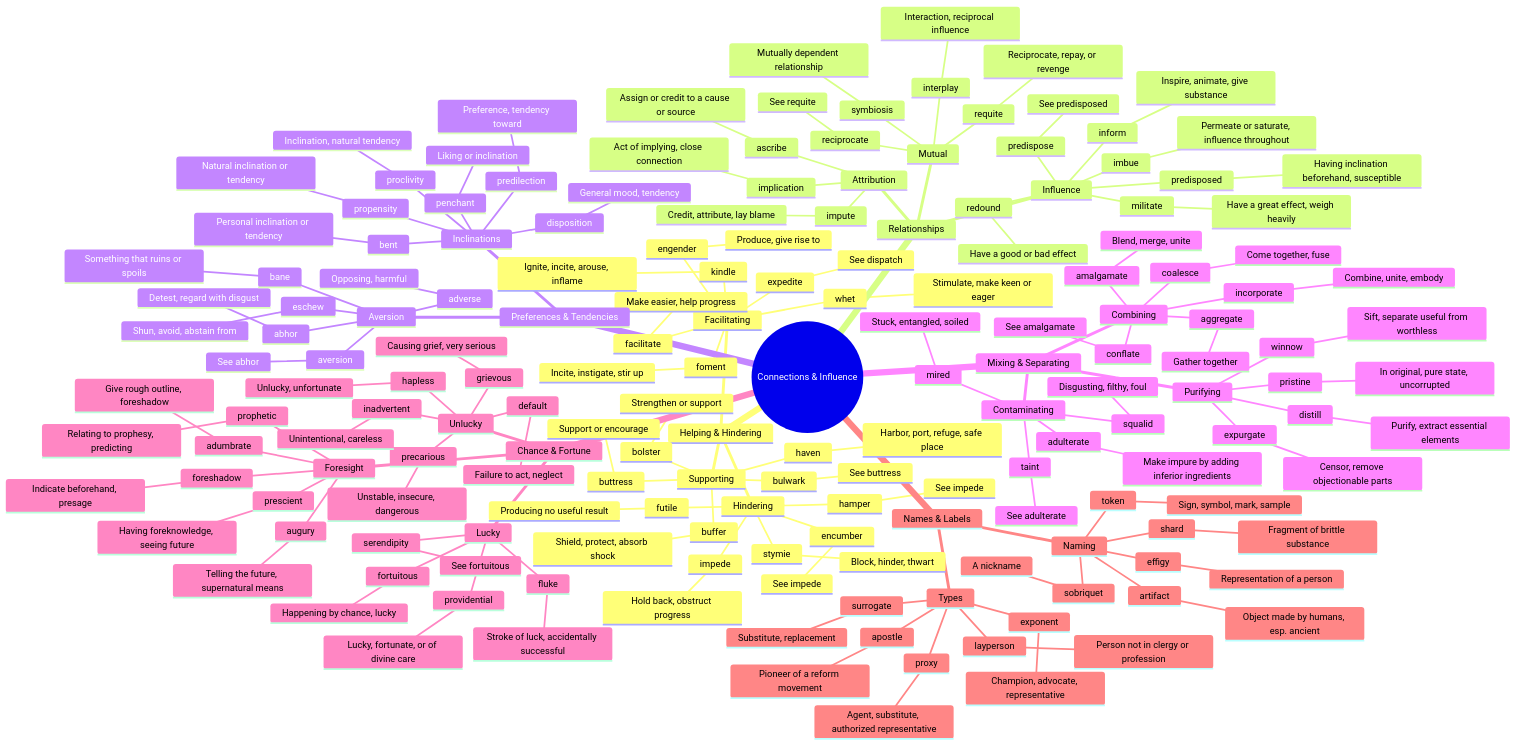
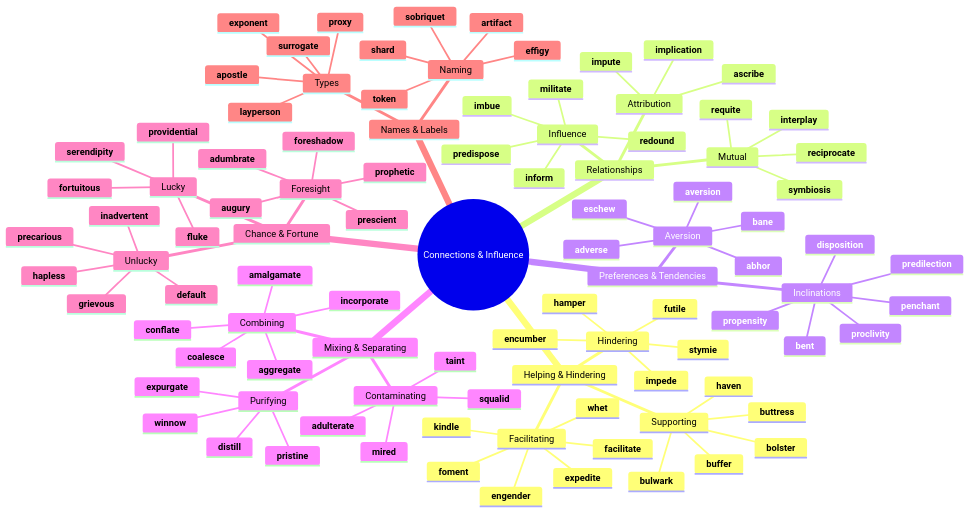
The first of 8 diagrams in mindmaps/19-connections-and-relationships.md (95anantsingh/gre-preparation), drawn with Mermaid before and after one commit. The commit also changed other lines of this file and 20 other files, not shown here.

````diff
--- a/mindmaps/19-connections-and-relationships.md
+++ b/mindmaps/19-connections-and-relationships.md
@@ -9,178 +7,100 @@
   root((Connections & Influence))
     Helping & Hindering
       Supporting
-        bolster
-          Strengthen or support
-        buttress
-          Support or encourage
-        buffer
-          Shield, protect, absorb shock
-        haven
-          Harbor, port, refuge, safe place
-        bulwark
-          See buttress
+        **bolster**
+        **buttress**
+        **buffer**
+        **haven**
+        **bulwark**
       Facilitating
-        facilitate
-          Make easier, help progress
-        expedite
-          See dispatch
-        engender
-          Produce, give rise to
-        kindle
-          Ignite, incite, arouse, inflame
-        whet
-          Stimulate, make keen or eager
-        foment
-          Incite, instigate, stir up
+        **facilitate**
+        **expedite**
+        **engender**
+        **kindle**
+        **whet**
+        **foment**
       Hindering
-        impede
-          Hold back, obstruct progress
-        stymie
-          Block, hinder, thwart
-        hamper
-          See impede
-        encumber
-          See impede
-        futile
-          Producing no useful result
+        **impede**
+        **stymie**
+        **hamper**
+        **encumber**
+        **futile**
     Relationships
       Mutual
-        symbiosis
-          Mutually dependent relationship
-        interplay
-          Interaction, reciprocal influence
-        reciprocate
-          See requite
-        requite
-          Reciprocate, repay, or revenge
+        **symbiosis**
+        **interplay**
+        **reciprocate**
+        **requite**
       Attribution
-        ascribe
-          Assign or credit to a cause or source
-        impute
-          Credit, attribute, lay blame
-        implication
-          Act of implying, close connection
+        **ascribe**
+        **impute**
+        **implication**
       Influence
-        imbue
-          Permeate or saturate, influence throughout
-        inform
-          Inspire, animate, give substance
-        militate
-          Have a great effect, weigh heavily
-        redound
-          Have a good or bad effect
-        predispose
-          See predisposed
-        predisposed
-          Having inclination beforehand, susceptible
+        **imbue**
+        **inform**
+        **militate**
+        **redound**
+        **predispose**
     Preferences & Tendencies
       Inclinations
-        penchant
-          Liking or inclination
-        predilection
-          Preference, tendency toward
-        proclivity
-          Inclination, natural tendency
-        propensity
-          Natural inclination or tendency
-        bent
-          Personal inclination or tendency
-        disposition
-          General mood, tendency
+        **penchant**
+        **predilection**
+        **proclivity**
+        **propensity**
+        **bent**
+        **disposition**
       Aversion
-        abhor
-          Detest, regard with disgust
-        eschew
-          Shun, avoid, abstain from
-        aversion
-          See abhor
-        bane
-          Something that ruins or spoils
-        adverse
-          Opposing, harmful
+        **abhor**
+        **eschew**
+        **aversion**
+        **bane**
+        **adverse**
     Mixing & Separating
       Combining
-        amalgamate
-          Blend, merge, unite
-        incorporate
-          Combine, unite, embody
-        coalesce
-          Come together, fuse
-        aggregate
-          Gather together
-        conflate
-          See amalgamate
+        **amalgamate**
+        **incorporate**
+        **coalesce**
+        **aggregate**
+        **conflate**
       Contaminating
-        adulterate
-          Make impure by adding inferior ingredients
-        taint
-          See adulterate
-        mired
-          Stuck, entangled, soiled
-        squalid
-          Disgusting, filthy, foul
+        **adulterate**
+        **taint**
+        **mired**
+        **squalid**
       Purifying
-        distill
-          Purify, extract essential elements
-        winnow
-          Sift, separate useful from worthless
-        expurgate
-          Censor, remove objectionable parts
-        pristine
-          In original, pure state, uncorrupted
+        **distill**
+        **winnow**
+        **expurgate**
+        **pristine**
     Chance & Fortune
       Lucky
-        fortuitous
-          Happening by chance, lucky
-        providential
-          Lucky, fortunate, or of divine care
-        fluke
-          Stroke of luck, accidentally successful
-        serendipity
-          See fortuitous
+        **fortuitous**
+        **providential**
+        **fluke**
+        **serendipity**
       Unlucky
-        hapless
-          Unlucky, unfortunate
-        precarious
-          Unstable, insecure, dangerous
-        grievous
-          Causing grief, very serious
-        inadvertent
-          Unintentional, careless
-        default
-          Failure to act, neglect
+        **hapless**
+        **precarious**
+        **grievous**
+        **inadvertent**
+        **default**
       Foresight
-        prescient
-          Having foreknowledge, seeing future
-        foreshadow
-          Indicate beforehand, presage
-        adumbrate
-          Give rough outline, foreshadow
-        augury
-          Telling the future, supernatural means
-        prophetic
-          Relating to prophesy, predicting
+        **prescient**
+        **foreshadow**
+        **adumbrate**
+        **augury**
+        **prophetic**
     Names & Labels
       Naming
-        sobriquet
-          A nickname
-        token
-          Sign, symbol, mark, sample
-        effigy
-          Representation of a person
-        artifact
-          Object made by humans, esp. ancient
-        shard
-          Fragment of brittle substance
+        **sobriquet**
+        **token**
+        **effigy**
+        **artifact**
+        **shard**
       Types
-        layperson
-          Person not in clergy or profession
-        proxy
-          Agent, substitute, authorized representative
-        surrogate
-          Substitute, replacement
-        exponent
-          Champion, advocate, representative
-        apostle
-          Pioneer of a reform movement
+        **layperson**
+        **proxy**
+        **surrogate**
+        **exponent**
+        **apostle**
 ```
````
